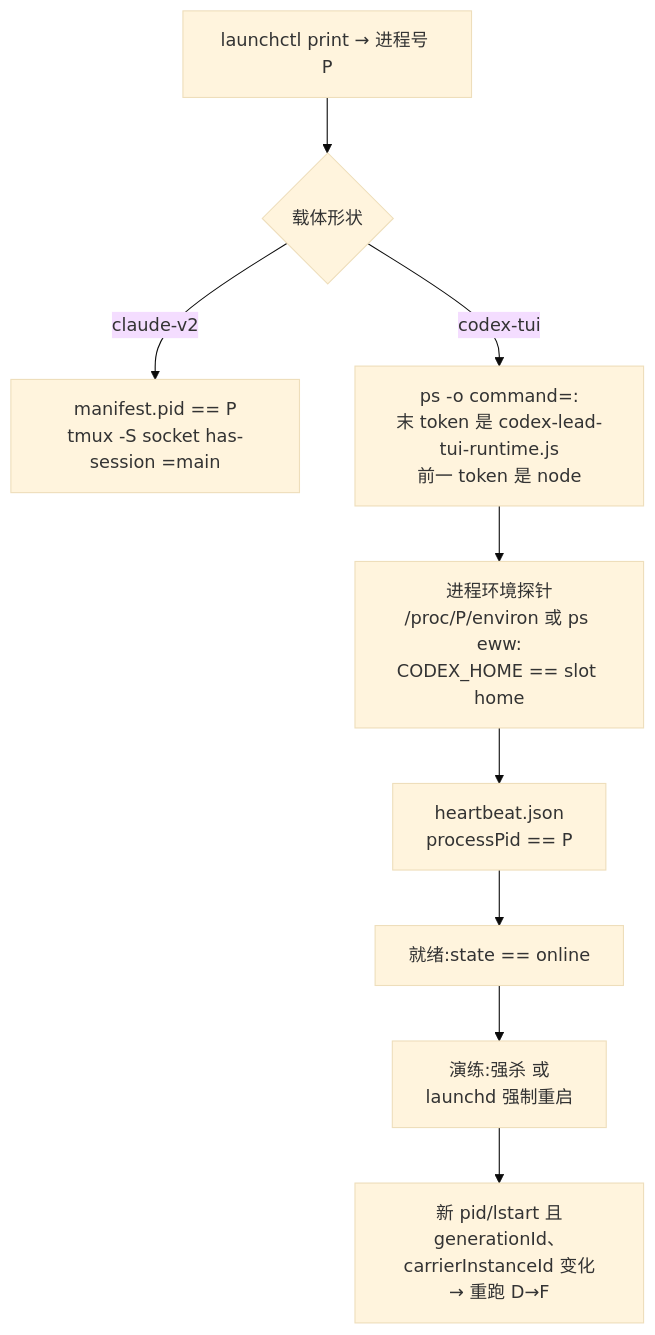
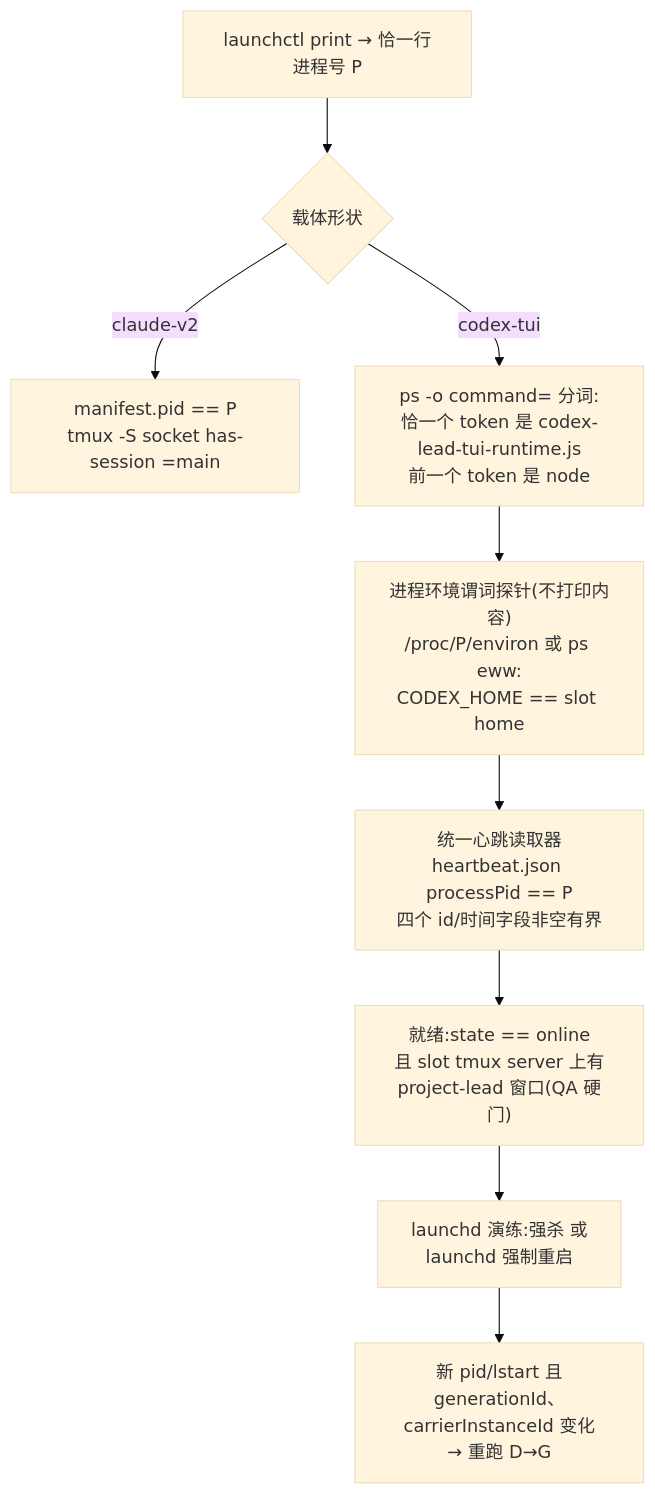
Before and after one commit to xrliAnnie/flywheel-qa-sandbox: the diagram in engineering/doc/FLY-2301-codex-lead-bench/d2-verify-predicates.mmd, drawn with Mermaid (base theme). The commit also changed 3 other files, not shown here.

```diff
--- a/engineering/doc/FLY-2301-codex-lead-bench/d2-verify-predicates.mmd
+++ b/engineering/doc/FLY-2301-codex-lead-bench/d2-verify-predicates.mmd
@@ -1,9 +1,9 @@
 flowchart TD
-  A["launchctl print → 进程号 P"] --> B{"载体形状"}
+  A["launchctl print → 恰一行进程号 P"] --> B{"载体形状"}
   B -->|"claude-v2"| C["manifest.pid == P<br/>tmux -S socket has-session =main"]
-  B -->|"codex-tui"| D["ps -o command=:<br/>末 token 是 codex-lead-tui-runtime.js<br/>前一 token 是 node"]
-  D --> E["进程环境探针<br/>/proc/P/environ 或 ps eww:<br/>CODEX_HOME == slot home"]
-  E --> F["heartbeat.json<br/>processPid == P"]
-  F --> G["就绪:state == online"]
-  G --> H["演练:强杀 或<br/>launchd 强制重启"]
-  H --> I["新 pid/lstart 且<br/>generationId、carrierInstanceId 变化<br/>→ 重跑 D→F"]
+  B -->|"codex-tui"| D["ps -o command= 分词:<br/>恰一个 token 是 codex-lead-tui-runtime.js<br/>前一个 token 是 node"]
+  D --> E["进程环境谓词探针(不打印内容)<br/>/proc/P/environ 或 ps eww:<br/>CODEX_HOME == slot home"]
+  E --> F["统一心跳读取器<br/>heartbeat.json processPid == P<br/>四个 id/时间字段非空有界"]
+  F --> G["就绪:state == online<br/>且 slot tmux server 上有<br/>project-lead 窗口(QA 硬门)"]
+  G --> H["launchd 演练:强杀 或<br/>launchd 强制重启"]
+  H --> I["新 pid/lstart 且<br/>generationId、carrierInstanceId 变化<br/>→ 重跑 D→G"]
```
